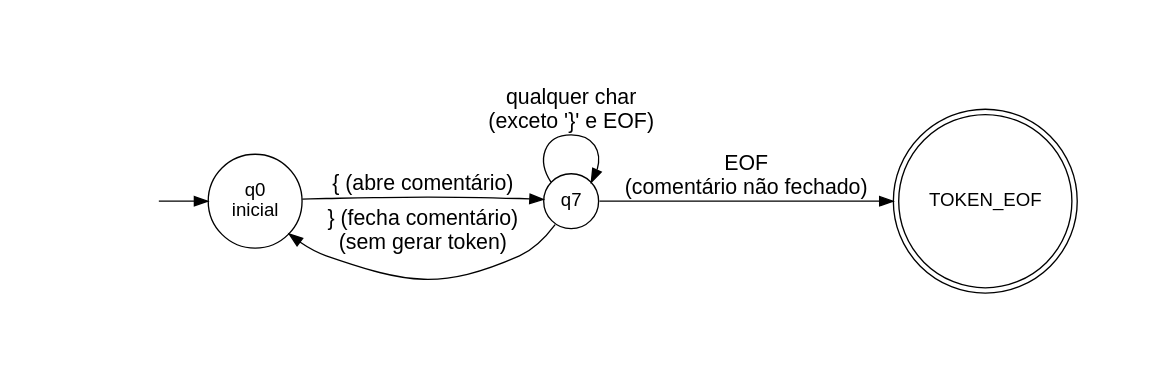
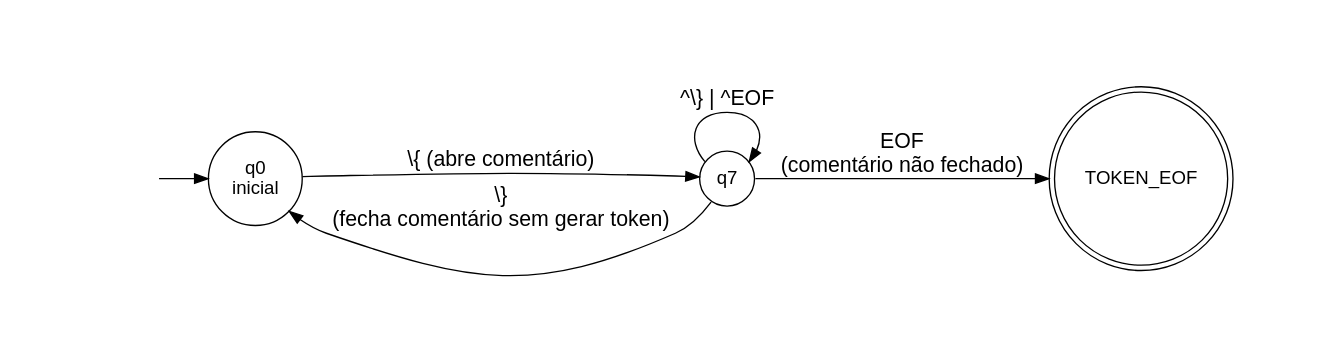
One commit to miguelhenriquecbl/LINGUAGENS-FORMAIS-AUT-MATOS-E-COMPILADORES changed the diagram in Trabalho/analisador-lexico/AFDs/codigo/afd_comentario.dot. Above: the diagram before and after it, drawn with Graphviz. The commit also changed 18 other files, not shown here.

```diff
--- a/Trabalho/analisador-lexico/AFDs/codigo/afd_comentario.dot
+++ b/Trabalho/analisador-lexico/AFDs/codigo/afd_comentario.dot
@@ -1,29 +1,29 @@
 digraph afd_comentario {
     rankdir=LR;
     nodesep=0.4;
     pad=0.8;
     node [shape=circle, fontname="Arial"];
     edge [fontname="Arial", fontsize=16];
 
     /* estado invisível pra seta de entrada */
     inicio [shape=none, label=""];
 
     /* Estado Inicial */
     q0 [label="q0\ninicial"];
 
     /* estados intermediários */
     q7 [label="q7"];
 
     /* Especiais */
     qTOKEN_EOF [shape=doublecircle label="TOKEN_EOF"]; /* Fim do arquivo */
 
     /* seta de entrada */
     inicio -> q0;
 
     /* q0 -> estados intermediários */
-    q0 -> q7 [label="{ (abre comentário)"]; 
-    q7 -> q7 [label="qualquer char\n(exceto '}' e EOF)"];
-    q7 -> q0 [label="} (fecha comentário)\n(sem gerar token)"];
+    q0 -> q7 [label="\\{ (abre comentário)"]; 
+    q7 -> q7 [label="^\\} | ^EOF"];
+    q7 -> q0 [label="\\}\n (fecha comentário sem gerar token)"];
     q7 -> qTOKEN_EOF [label="EOF\n(comentário não fechado)"];
 
 }
```
